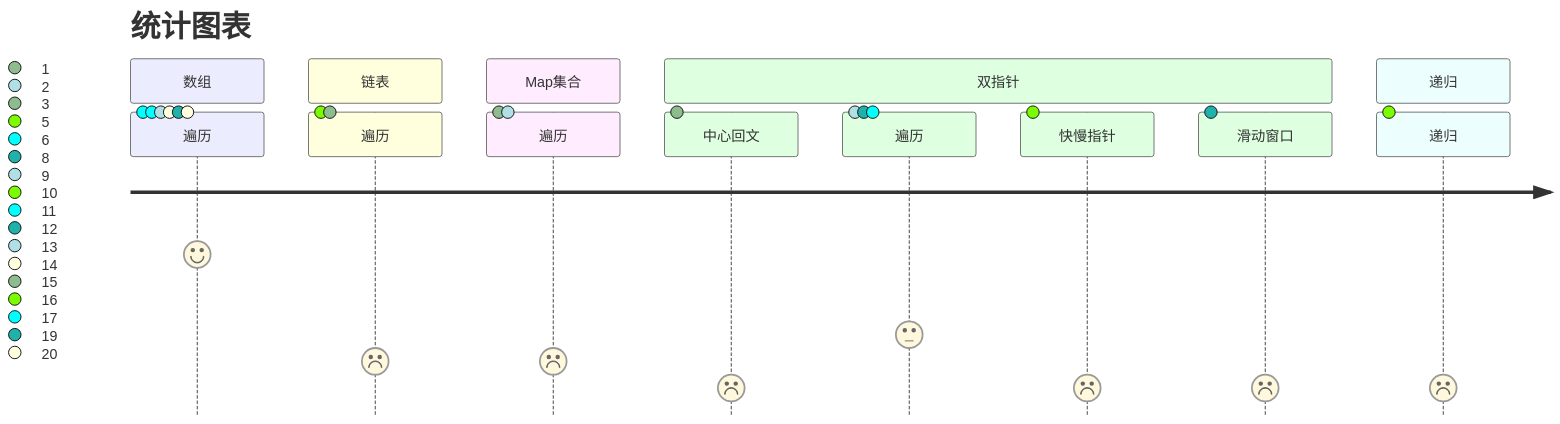
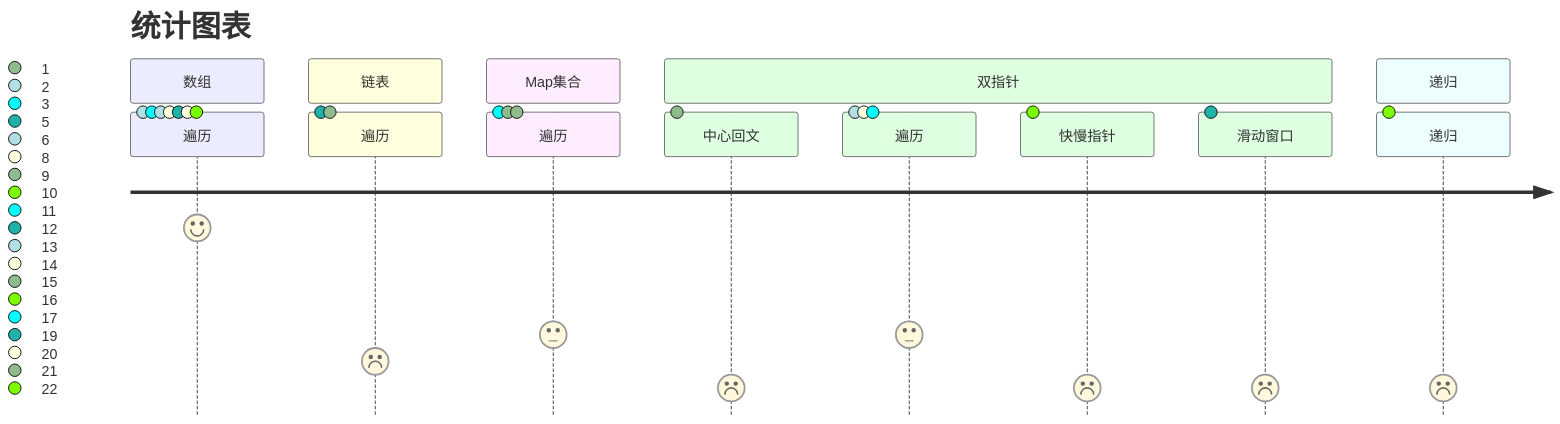
The diagram in 算法/频度算法.md (BocaiheDabaicai/algorithm-problem), drawn with Mermaid before and after one commit. The commit also changed other lines of this file and 1 other file, not shown here.

````diff
--- a/算法/频度算法.md
+++ b/算法/频度算法.md
@@ -73,17 +81,17 @@
 ```mermaid
 journey
     title 统计图表
     section 数组
-      遍历: 6: 6,11,13,14,19,20
+      遍历: 7: 6,11,13,14,19,20,22
     section 链表
       遍历: 2: 5,15
     section Map集合
-      遍历: 2: 3,9
+      遍历: 3: 3,9,21
     section 双指针
       中心回文: 1: 1
       遍历: 3: 2,8,17
       快慢指针: 1: 10
       滑动窗口: 1: 12
     section 递归
       递归:1:16
 ```
````
